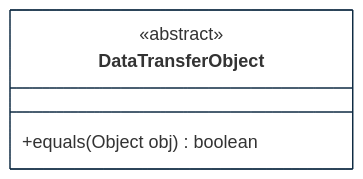
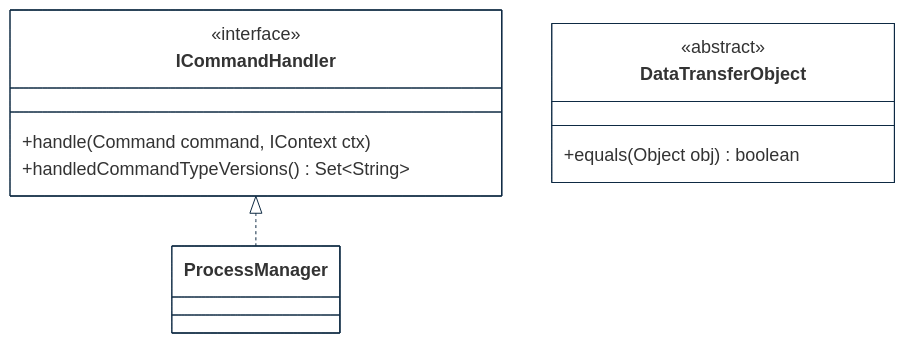
One commit to cybnity/foundation changed the second of 7 diagrams in implementations-line/framework/domain/designview-packages.md. Above: the diagram before and after it, drawn with Mermaid.

````diff
--- a/implementations-line/framework/domain/designview-packages.md
+++ b/implementations-line/framework/domain/designview-packages.md
@@ -90,25 +90,32 @@
 ```mermaid
 %%{
   init: {
     'theme': 'base',
     'themeVariables': {
         'background': '#ffffff',
         'fontFamily': 'arial',
         'fontSize': '18px',
         'primaryColor': '#fff',
         'primaryBorderColor': '#0e2a43',
         'secondaryBorderColor': '#0e2a43',
         'tertiaryBorderColor': '#0e2a43',
         'edgeLabelBackground':'#0e2a43',
         'lineColor': '#0e2a43',
         'tertiaryColor': '#fff'
     }
   }
 }%%
 classDiagram
+    ICommandHandler <|.. ProcessManager
+
+    class ICommandHandler {
+        <<interface>>
+        +handle(Command command, IContext ctx)
+        +handledCommandTypeVersions() Set~String~
+    }
     class DataTransferObject {
         <<abstract>>
         +equals(Object obj) boolean
     }
 
 ```
````
